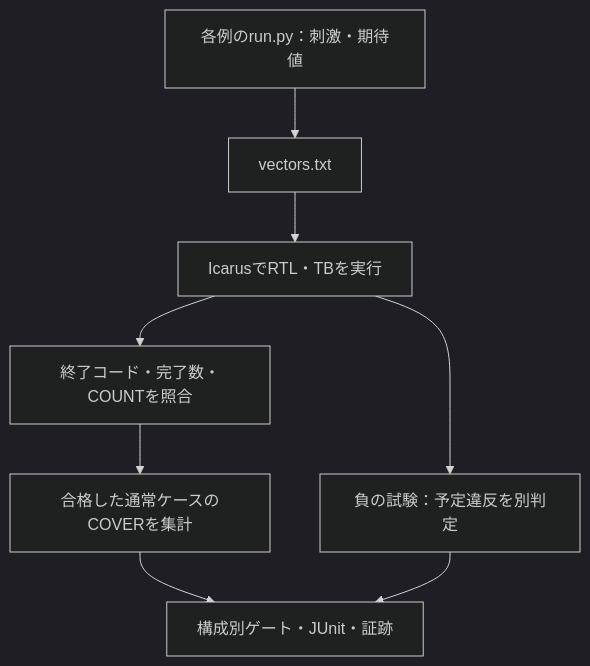
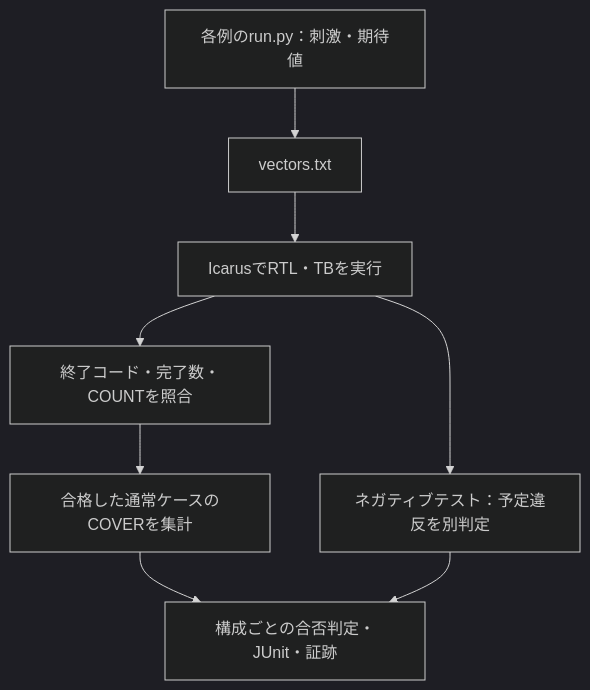
One commit to kurochan001/lsi-verification-method changed the diagram in examples/local-common/README.md. Above: the diagram before and after it, drawn with Mermaid (dark theme). The commit also changed other lines of this file and 91 other files, not shown here.

````diff
--- a/examples/local-common/README.md
+++ b/examples/local-common/README.md
@@ -9,11 +9,11 @@
 ```mermaid
 flowchart TD
   accTitle: 実行から構成別判定まで
-  accDescr: 入力と独立した期待値を生成し、終了状態・件数・通常カバレッジを構成ごとに照合します。
+  accDescr: 入力と独立した期待値を生成し、終了状態・件数・通常実行のカバレッジを構成ごとに照合します。
   G["各例のrun.py：刺激・期待値"] --> V["vectors.txt"] --> S["IcarusでRTL・TBを実行"]
   S --> R["終了コード・完了数・COUNTを照合"]
   R --> C["合格した通常ケースのCOVERを集計"]
-  C --> E["構成別ゲート・JUnit・証跡"]
-  S --> N["負の試験：予定違反を別判定"]
+  C --> E["構成ごとの合否判定・JUnit・証跡"]
+  S --> N["ネガティブテスト：予定違反を別判定"]
   N --> E
 ```
````
